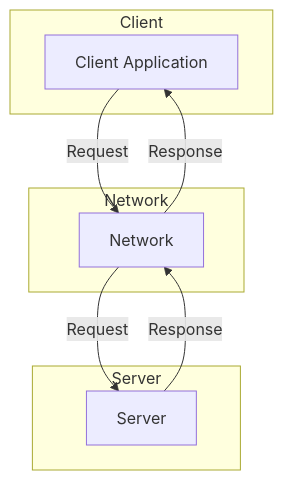
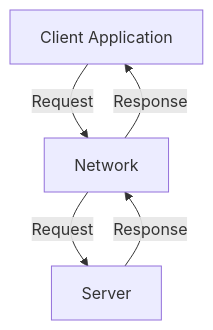
Before and after one commit to bmeurant/technical-docs: the diagram in software-architecture/architectural-styles/client-server.md, drawn with Mermaid. The commit also changed 9 other files, not shown here.

Commit message:
docs(software-architecture): Simplifies mermaid diagrams

````diff
--- a/software-architecture/architectural-styles/client-server.md
+++ b/software-architecture/architectural-styles/client-server.md
@@ -19,19 +19,11 @@
 ```mermaid
 graph TD
-    subgraph Client
-        A[Client Application]
-    end
+    C[Client Application]
+    N[Network]
+    S[Server]
 
-    subgraph Network
-        B[Network]
-    end
-
-    subgraph Server
-        C[Server]
-    end
-
-    A -- "Request" --> B
-    B -- "Request" --> C
-    C -- "Response" --> B
-    B -- "Response" --> A
+    C -- "Request" --> N
+    N -- "Request" --> S
+    S -- "Response" --> N
+    N -- "Response" --> C
 ```
````
